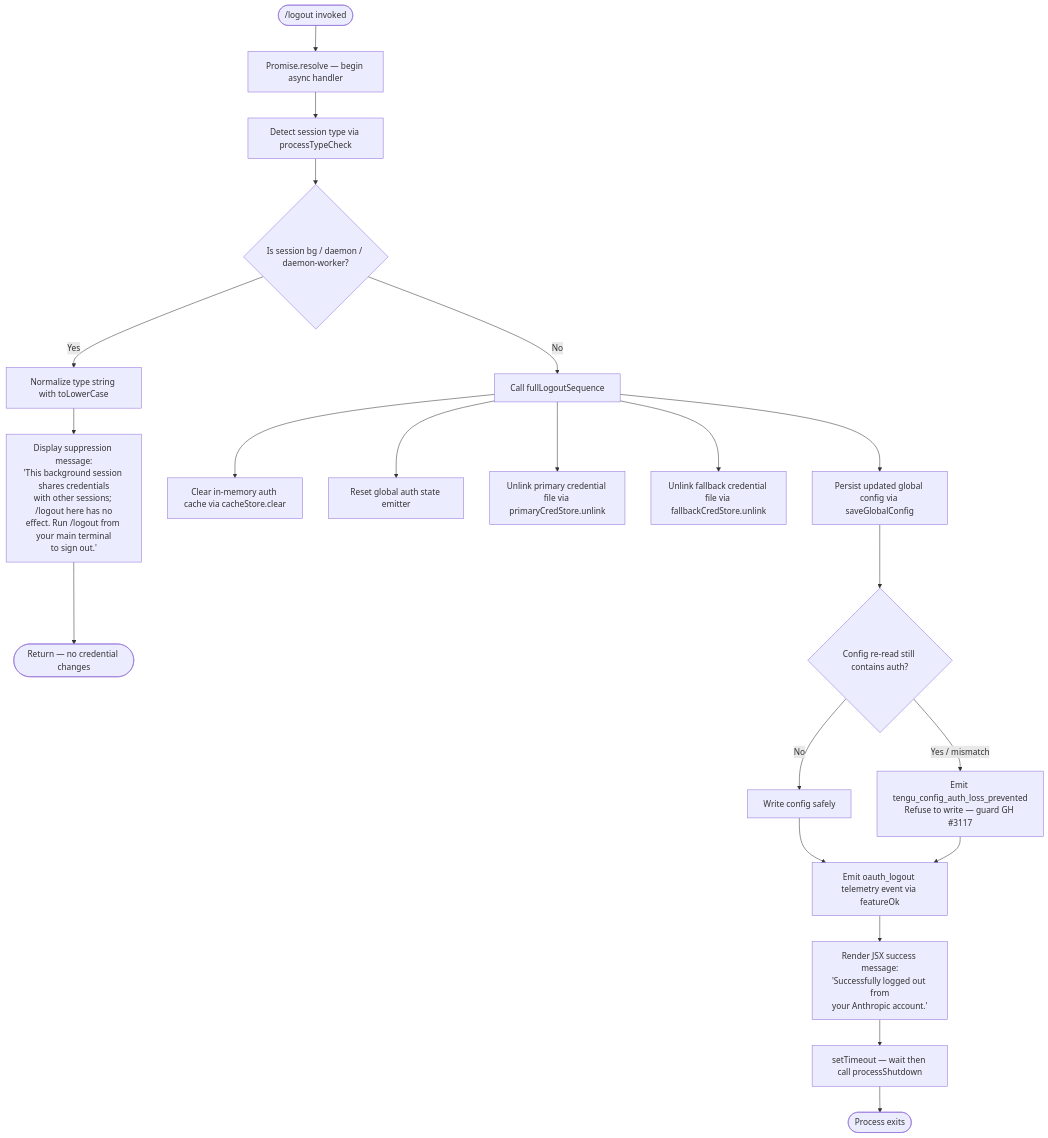
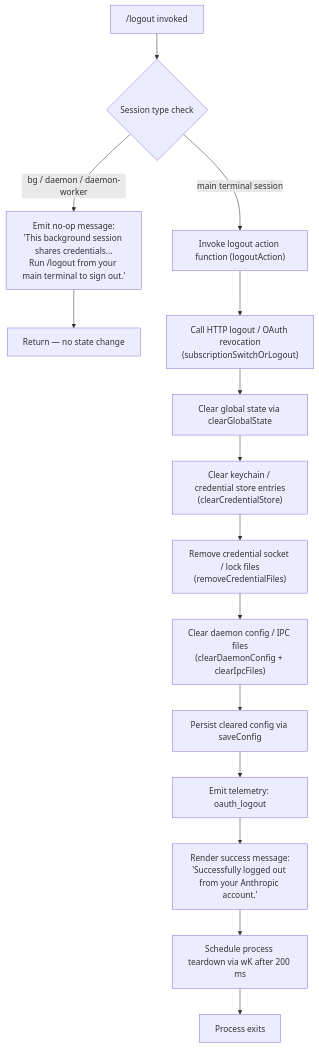
The diagram in versions/v2.1.143/logout.md (MyLittleLuckyDog/cc-gnothi), drawn with Mermaid before and after one commit. The commit also changed other lines of this file and 87 other files, not shown here.

````diff
--- a/versions/v2.1.143/logout.md
+++ b/versions/v2.1.143/logout.md
@@ -45,23 +45,17 @@
 ```mermaid
 flowchart TD
-    A(["/logout invoked"]) --> B["Promise.resolve — begin async handler"]
-    B --> C["Detect session type via processTypeCheck"]
-    C --> D{Is session bg / daemon / daemon-worker?}
-    D -- Yes --> E["Normalize type string with toLowerCase"]
-    E --> F["Display suppression message:\n'This background session shares credentials\nwith other sessions; /logout here has no\neffect. Run /logout from your main terminal\nto sign out.'"]
-    F --> G([Return — no credential changes])
-    D -- No --> H["Call fullLogoutSequence"]
-    H --> I["Clear in-memory auth cache via cacheStore.clear"]
-    H --> J["Reset global auth state emitter"]
-    H --> K["Unlink primary credential file via primaryCredStore.unlink"]
-    H --> L["Unlink fallback credential file via fallbackCredStore.unlink"]
-    H --> M["Persist updated global config via saveGlobalConfig"]
-    M --> N{Config re-read still contains auth?}
-    N -- No --> O["Write config safely"]
-    N -- Yes / mismatch --> P["Emit tengu_config_auth_loss_prevented\nRefuse to write — guard GH #3117"]
-    O --> Q["Emit oauth_logout telemetry event via featureOk"]
-    P --> Q
-    Q --> R["Render JSX success message:\n'Successfully logged out from\nyour Anthropic account.'"]
-    R --> S["setTimeout — wait then call processShutdown"]
-    S --> T([Process exits])
+    A["/logout invoked"] --> B{Session type check}
+    B -- "bg / daemon / daemon-worker" --> C["Emit no-op message:\n'This background session shares credentials...\nRun /logout from your main terminal to sign out.'"]
+    C --> Z[Return — no state change]
+    B -- "main terminal session" --> D["Invoke logout action function (logoutAction)"]
+    D --> E["Call HTTP logout / OAuth revocation\n(subscriptionSwitchOrLogout)"]
+    E --> F["Clear global state via clearGlobalState"]
+    F --> G["Clear keychain / credential store entries\n(clearCredentialStore)"]
+    G --> H["Remove credential socket / lock files\n(removeCredentialFiles)"]
+    H --> I["Clear daemon config / IPC files\n(clearDaemonConfig + clearIpcFiles)"]
+    I --> J["Persist cleared config via saveConfig"]
+    J --> K["Emit telemetry: oauth_logout"]
+    K --> L["Render success message:\n'Successfully logged out from your Anthropic account.'"]
+    L --> M["Schedule process teardown via wK after 200 ms"]
+    M --> N[Process exits]
 ```
````
